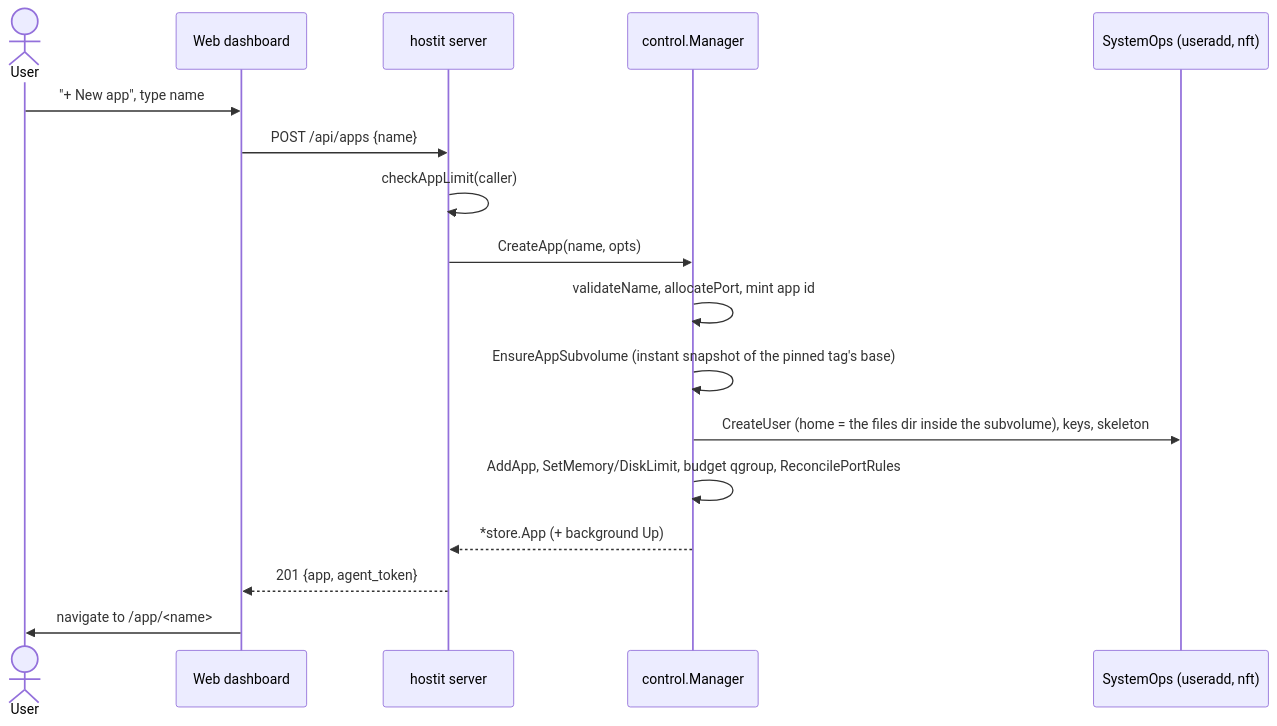
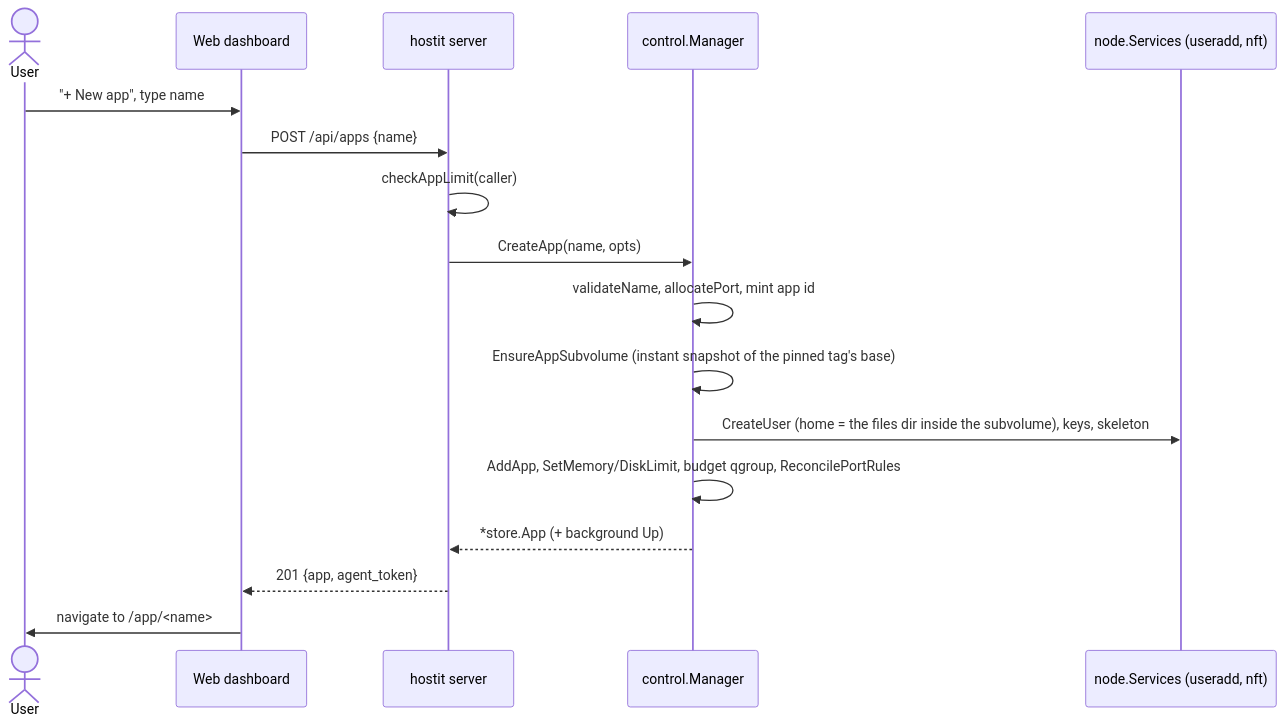
One commit to binwiederhier/hostit changed the diagram in docs/features/apps-lifecycle.md. Above: the diagram before and after it, drawn with Mermaid. The commit also changed other lines of this file and 2 other files, not shown here.

Commit message:
docs: finish the SystemOps -> node.Services rewrite in code-map and lifecycle

````diff
--- a/docs/features/apps-lifecycle.md
+++ b/docs/features/apps-lifecycle.md
@@ -42,19 +42,19 @@
 ```mermaid
 sequenceDiagram
     actor User
     participant Dashboard as Web dashboard
     participant Server as hostit server
     participant Manager as control.Manager
-    participant OS as SystemOps (useradd, nft)
+    participant OS as node.Services (useradd, nft)
     User->>Dashboard: "+ New app", type name
     Dashboard->>Server: POST /api/apps {name}
     Server->>Server: checkAppLimit(caller)
     Server->>Manager: CreateApp(name, opts)
     Manager->>Manager: validateName, allocatePort, mint app id
     Manager->>Manager: EnsureAppSubvolume (instant snapshot of the pinned tag's base)
     Manager->>OS: CreateUser (home = the files dir inside the subvolume), keys, skeleton
     Manager->>Manager: AddApp, SetMemory/DiskLimit, budget qgroup, ReconcilePortRules
     Manager-->>Server: *store.App (+ background Up)
     Server-->>Dashboard: 201 {app, agent_token}
     Dashboard->>User: navigate to /app/<name>
 ```
````
